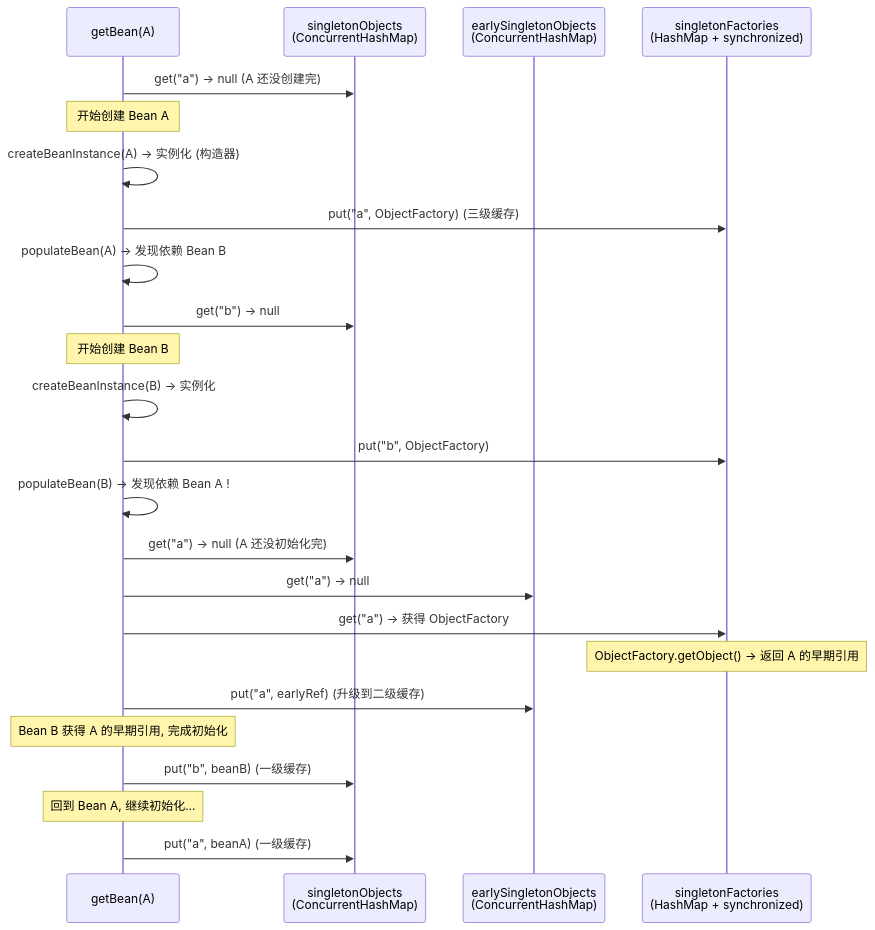
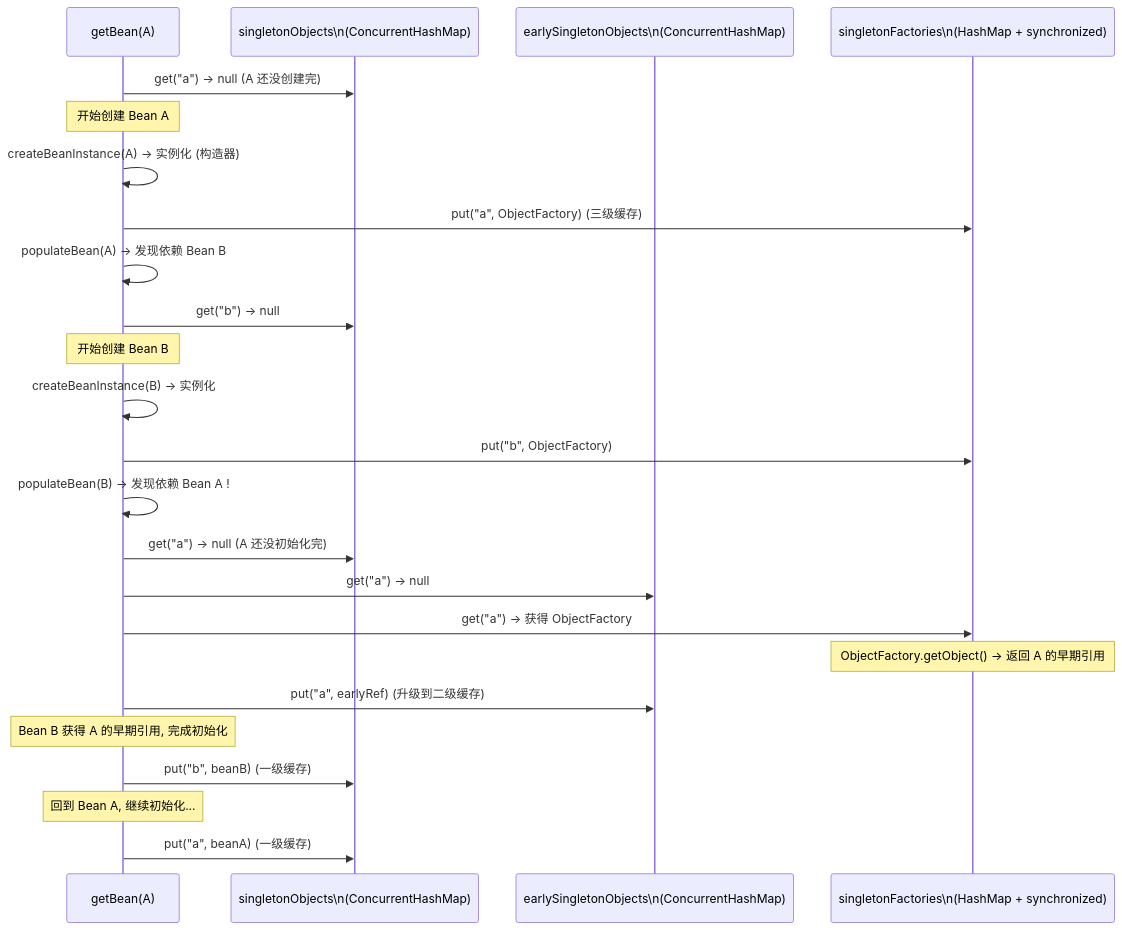
One commit to yaocat55/yaocat55.github.io changed the fifth of 6 diagrams in content/posts/concurrency/JucInMiddleware.md. Above: the diagram before and after it, drawn with Mermaid. The commit also changed other lines of this file and 155 other files, not shown here.

````diff
--- a/content/posts/concurrency/JucInMiddleware.md
+++ b/content/posts/concurrency/JucInMiddleware.md
@@ -563,30 +563,30 @@
 ```mermaid
 sequenceDiagram
     participant GET as getBean(A)
-    participant SINGLETON as singletonObjects<br/>(ConcurrentHashMap)
-    participant EARLY as earlySingletonObjects<br/>(ConcurrentHashMap)
-    participant FACT as singletonFactories<br/>(HashMap + synchronized)
+    participant SINGLETON as singletonObjects\n(ConcurrentHashMap)
+    participant EARLY as earlySingletonObjects\n(ConcurrentHashMap)
+    participant FACT as singletonFactories\n(HashMap + synchronized)
 
     GET->>SINGLETON: get("a") → null (A 还没创建完)
     Note over GET: 开始创建 Bean A
     GET->>GET: createBeanInstance(A) → 实例化 (构造器)
     GET->>FACT: put("a", ObjectFactory) (三级缓存)
 
     GET->>GET: populateBean(A) → 发现依赖 Bean B
     GET->>SINGLETON: get("b") → null
     Note over GET: 开始创建 Bean B
     GET->>GET: createBeanInstance(B) → 实例化
     GET->>FACT: put("b", ObjectFactory)
 
     GET->>GET: populateBean(B) → 发现依赖 Bean A !
     GET->>SINGLETON: get("a") → null (A 还没初始化完)
     GET->>EARLY: get("a") → null
     GET->>FACT: get("a") → 获得 ObjectFactory
     Note over FACT: ObjectFactory.getObject() → 返回 A 的早期引用
     GET->>EARLY: put("a", earlyRef) (升级到二级缓存)
     Note over GET: Bean B 获得 A 的早期引用, 完成初始化
 
     GET->>SINGLETON: put("b", beanB) (一级缓存)
     Note over GET: 回到 Bean A, 继续初始化...
     GET->>SINGLETON: put("a", beanA) (一级缓存)
 ```
````
